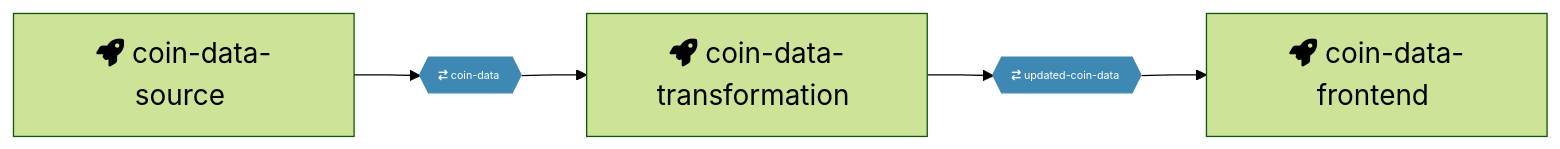
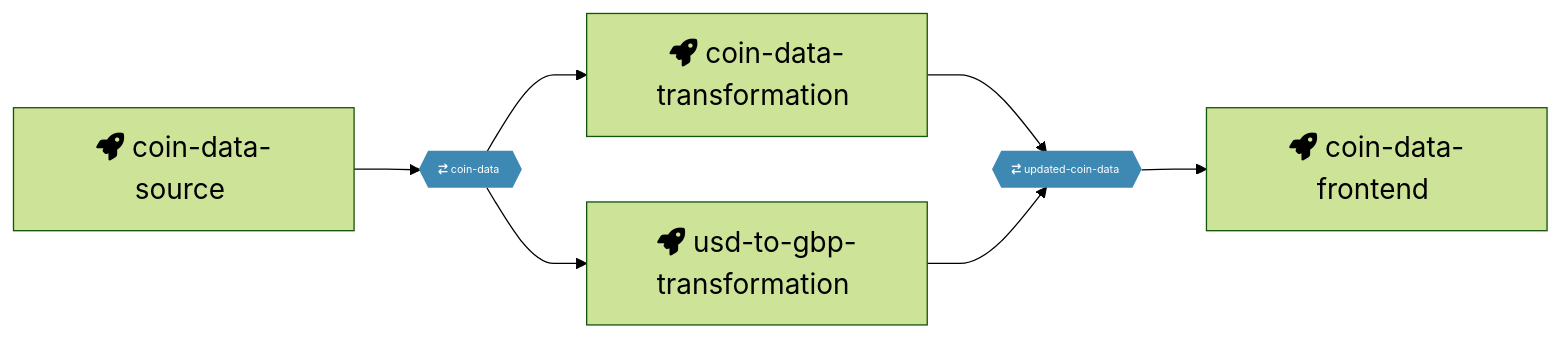
Before and after one commit to ChrisGilchrist/QuixCoinMarket: the diagram in pipeline.md, drawn with Mermaid (forest theme). The commit also changed 7 other files, not shown here.

````diff
--- a/pipeline.md
+++ b/pipeline.md
@@ -1,15 +1,17 @@
 ```mermaid
 %%{ init: { 'flowchart': { 'curve': 'monotoneX' } } }%%
 graph LR;
 coin-data-source[fa:fa-rocket coin-data-source &#8205] --> coin-data{{ fa:fa-arrow-right-arrow-left coin-data &#8205}}:::topic;
 coin-data{{ fa:fa-arrow-right-arrow-left coin-data &#8205}}:::topic --> coin-data-transformation[fa:fa-rocket coin-data-transformation &#8205];
 coin-data-transformation[fa:fa-rocket coin-data-transformation &#8205] --> updated-coin-data{{ fa:fa-arrow-right-arrow-left updated-coin-data &#8205}}:::topic;
 updated-coin-data{{ fa:fa-arrow-right-arrow-left updated-coin-data &#8205}}:::topic --> coin-data-frontend[fa:fa-rocket coin-data-frontend &#8205];
+coin-data{{ fa:fa-arrow-right-arrow-left coin-data &#8205}}:::topic --> usd-to-gbp-transformation[fa:fa-rocket usd-to-gbp-transformation &#8205];
+usd-to-gbp-transformation[fa:fa-rocket usd-to-gbp-transformation &#8205] --> updated-coin-data{{ fa:fa-arrow-right-arrow-left updated-coin-data &#8205}}:::topic;
 
 
 classDef default font-size:110%;
 classDef topic font-size:80%;
 classDef topic fill:#3E89B3;
 classDef topic stroke:#3E89B3;
 classDef topic color:white;
 ```
````
